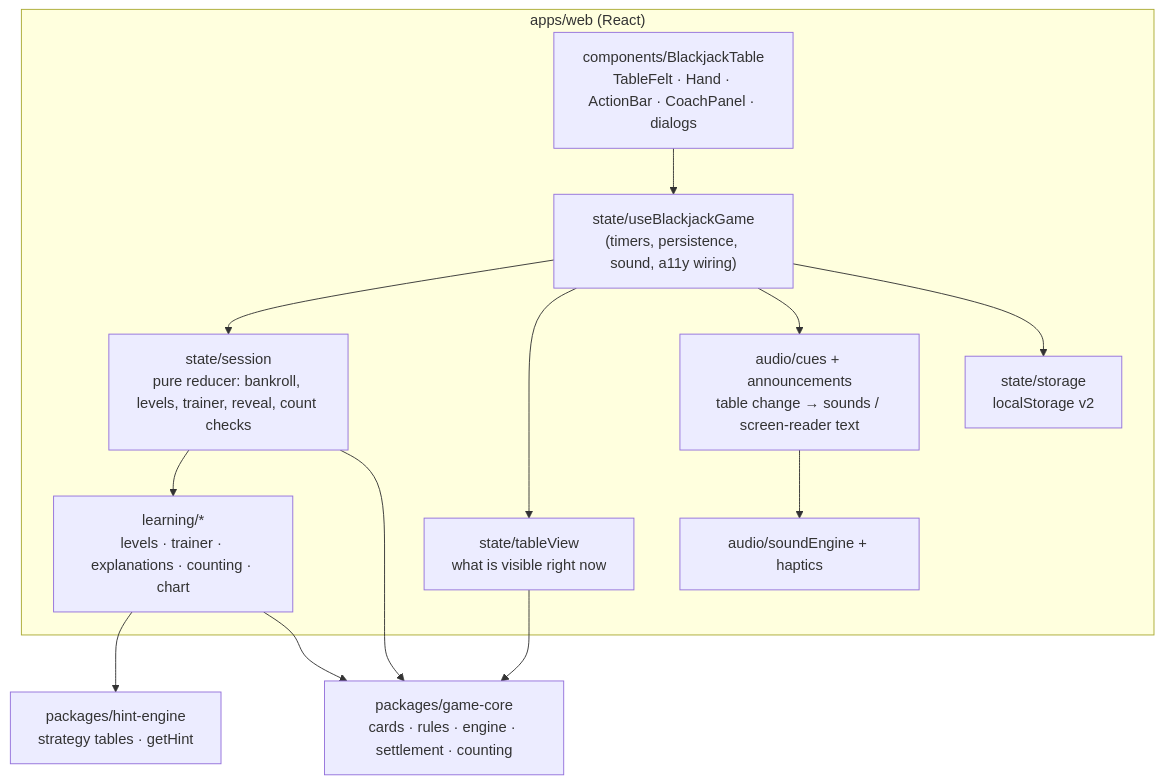
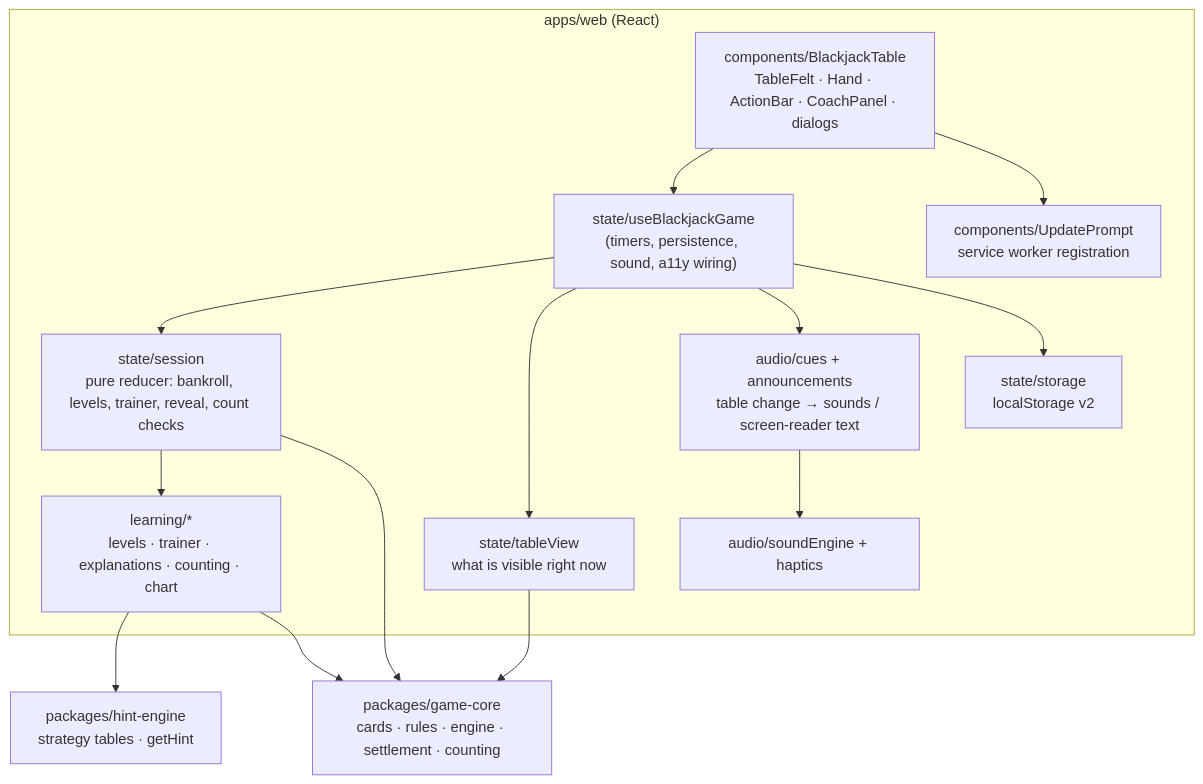
One commit to thundermage117/Blackjack changed the first of 2 diagrams in docs/architecture.md. Above: the diagram before and after it, drawn with Mermaid. The commit also changed other lines of this file and 5 other files, not shown here.

````diff
--- a/docs/architecture.md
+++ b/docs/architecture.md
@@ -14,26 +14,28 @@
 ```mermaid
 flowchart TD
   subgraph web["apps/web (React)"]
     Screen["components/BlackjackTable<br/>TableFelt · Hand · ActionBar · CoachPanel · dialogs"]
     Hook["state/useBlackjackGame<br/>(timers, persistence, sound, a11y wiring)"]
     Session["state/session<br/>pure reducer: bankroll, levels, trainer, reveal, count checks"]
     View["state/tableView<br/>what is visible right now"]
     Learning["learning/*<br/>levels · trainer · explanations · counting · chart"]
     Cues["audio/cues + announcements<br/>table change → sounds / screen-reader text"]
     Engine["audio/soundEngine + haptics"]
     Storage["state/storage<br/>localStorage v2"]
+    Update["components/UpdatePrompt<br/>service worker registration"]
   end
   Core["packages/game-core<br/>cards · rules · engine · settlement · counting"]
   Hint["packages/hint-engine<br/>strategy tables · getHint"]
 
   Screen --> Hook
+  Screen --> Update
   Hook --> Session
   Hook --> View
   Hook --> Cues --> Engine
   Hook --> Storage
   Session --> Learning
   Session --> Core
   Learning --> Hint
   Learning --> Core
   View --> Core
 ```
````
